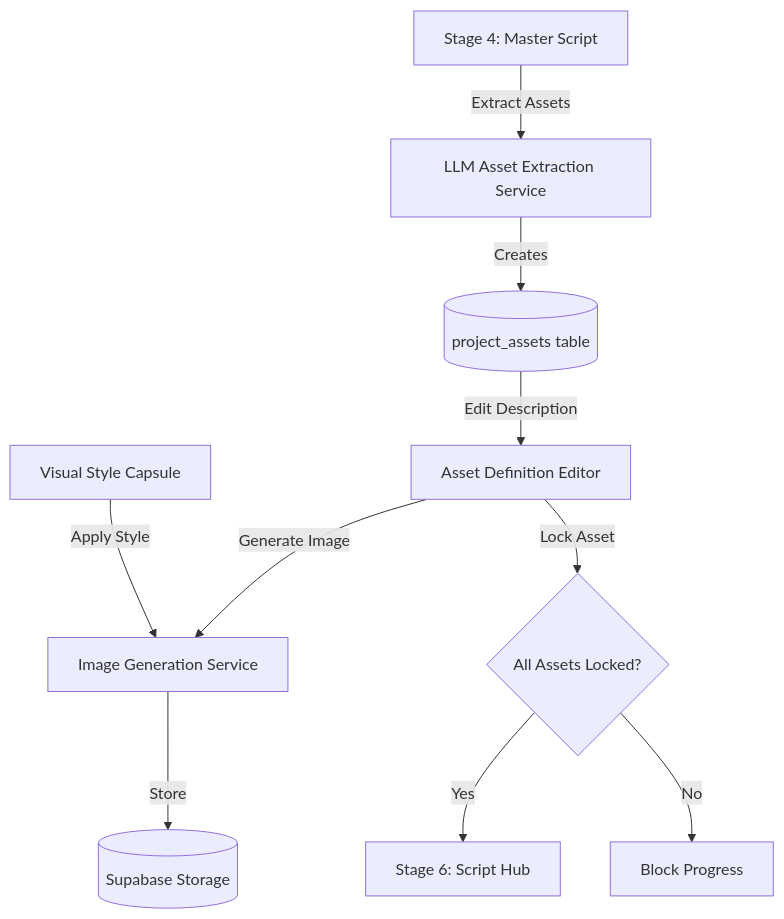
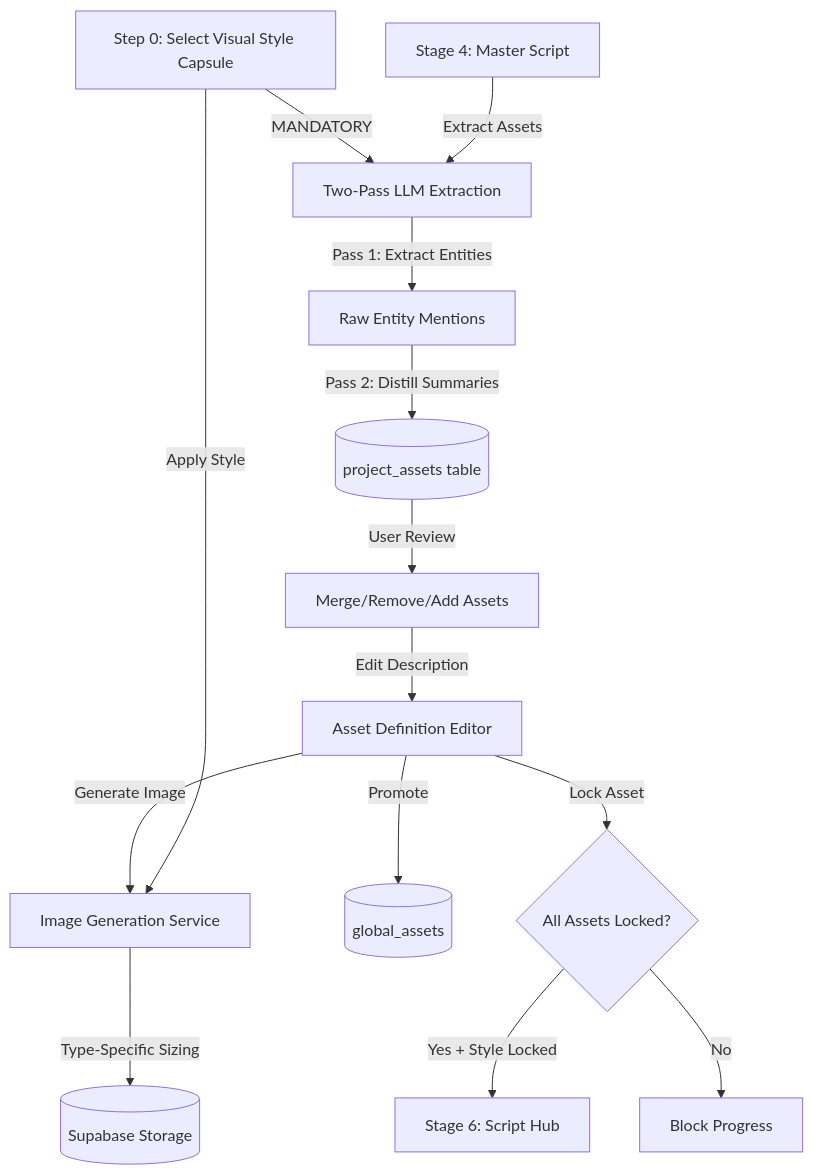
One commit to dlopezkluever/wizardirector changed the diagram in stage-5-asset-extraction-v1.plan.md. Above: the diagram before and after it, drawn with Mermaid. The commit also changed other lines of this file, not shown here.

````diff
--- a/stage-5-asset-extraction-v1.plan.md
+++ b/stage-5-asset-extraction-v1.plan.md
@@ -6,12 +6,16 @@
 ```mermaid
 flowchart TD
-    Stage4[Stage 4: Master Script] -->|Extract Assets| AssetExtraction[LLM Asset Extraction Service]
-    AssetExtraction -->|Creates| ProjectAssets[(project_assets table)]
-    ProjectAssets -->|Edit Description| AssetEditor[Asset Definition Editor]
+    StyleSelect[Step 0: Select Visual Style Capsule] -->|MANDATORY| AssetExtraction
+    Stage4[Stage 4: Master Script] -->|Extract Assets| AssetExtraction[Two-Pass LLM Extraction]
+    AssetExtraction -->|Pass 1: Extract Entities| EntityList[Raw Entity Mentions]
+    EntityList -->|Pass 2: Distill Summaries| ProjectAssets[(project_assets table)]
+    ProjectAssets -->|User Review| MergeRemove[Merge/Remove/Add Assets]
+    MergeRemove -->|Edit Description| AssetEditor[Asset Definition Editor]
     AssetEditor -->|Generate Image| ImageService[Image Generation Service]
-    ImageService -->|Store| Storage[(Supabase Storage)]
-    StyleCapsule[Visual Style Capsule] -->|Apply Style| ImageService
+    StyleSelect -->|Apply Style| ImageService
+    ImageService -->|Type-Specific Sizing| Storage[(Supabase Storage)]
+    AssetEditor -->|Promote| GlobalLibrary[(global_assets)]
     AssetEditor -->|Lock Asset| Gatekeeper{All Assets Locked?}
-    Gatekeeper -->|Yes| Stage6[Stage 6: Script Hub]
+    Gatekeeper -->|Yes + Style Locked| Stage6[Stage 6: Script Hub]
     Gatekeeper -->|No| BlockProgress[Block Progress]
 ```
````
